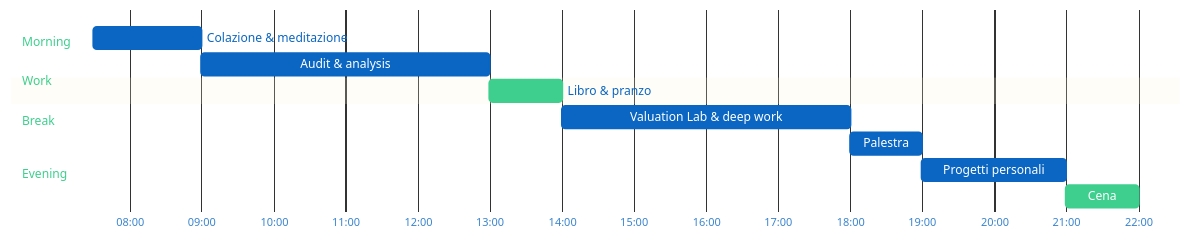
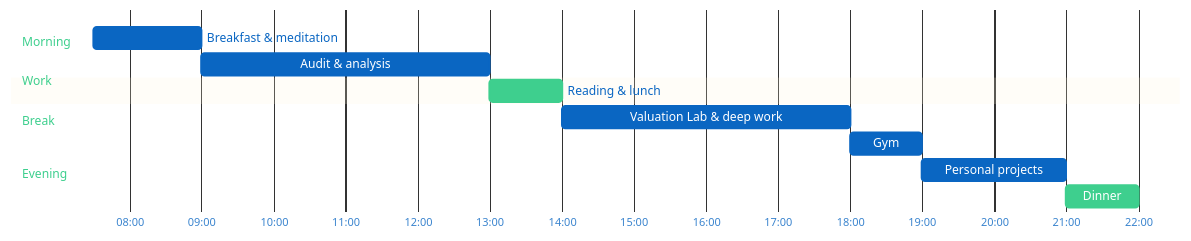
The diagram in README.md (crissness/crissness), drawn with Mermaid before and after one commit.

Commit message:
update: Gantt in English

````diff
--- a/README.md
+++ b/README.md
@@ -55,39 +55,39 @@
 ```mermaid
 %%{init: {'theme':'base','themeVariables':{
   'taskBkgColor':'#0A66C2',
   'taskBorderColor':'#0A66C2',
   'taskTextColor':'#ffffff',
   'taskTextLightColor':'#ffffff',
   'taskTextDarkColor':'#ffffff',
   'taskTextOutsideColor':'#0A66C2',
   'critBkgColor':'#3ECF8E',
   'critBorderColor':'#3ECF8E',
   'textColor':'#0A66C2',
   'titleColor':'#3ECF8E',
   'sectionBkgColor':'transparent',
   'altSectionBkgColor':'transparent',
   'gridColor':'#0A66C2',
   'tickColor':'#0A66C2',
   'todayLineColor':'#3ECF8E'
 }}}%%
 gantt
   dateFormat HH:mm
   axisFormat %H:%M
 
   section Morning
-    Colazione & meditazione     :07:30, 90m
+    Breakfast & meditation      :07:30, 90m
 
   section Work
     Audit & analysis            :09:00, 240m
 
   section Break
-    Libro & pranzo              :crit, 13:00, 60m
+    Reading & lunch             :crit, 13:00, 60m
 
   section Work
     Valuation Lab & deep work   :14:00, 240m
 
   section Evening
-    Palestra                    :18:00, 60m
-    Progetti personali          :19:00, 120m
-    Cena                        :crit, 21:00, 60m
+    Gym                         :18:00, 60m
+    Personal projects           :19:00, 120m
+    Dinner                      :crit, 21:00, 60m
 ```
````
